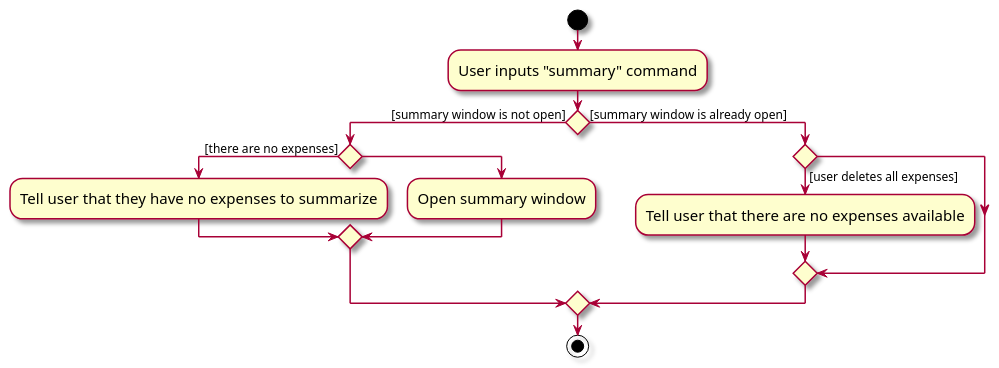
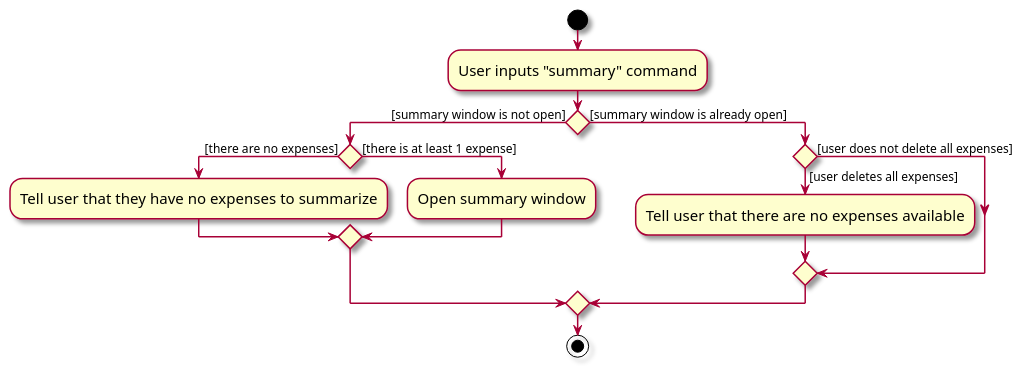
One commit to woojiahao/tp changed the diagram in docs/diagrams/unicash/SummaryActivityDiagram.puml. Above: the diagram before and after it, drawn with PlantUML. The commit also changed 4 other files, not shown here.

```diff
--- a/docs/diagrams/unicash/SummaryActivityDiagram.puml
+++ b/docs/diagrams/unicash/SummaryActivityDiagram.puml
@@ -1,23 +1,24 @@
 @startuml
 skin rose
 skinparam ActivityFontSize 15
 skinparam ArrowFontSize 12
 
 start
 
 :User inputs "summary" command;
 if () then ([summary window is not open])
   if () then ([there are no expenses])
     :Tell user that they have no expenses to summarize;
-  else ()
+  else ([there is at least 1 expense])
     :Open summary window;
   endif
 else ([summary window is already open])
   if () then ([user deletes all expenses])
     :Tell user that there are no expenses available;
+  else ([user does not delete all expenses])
   endif
 endif
 
 stop
 
 @enduml
```
